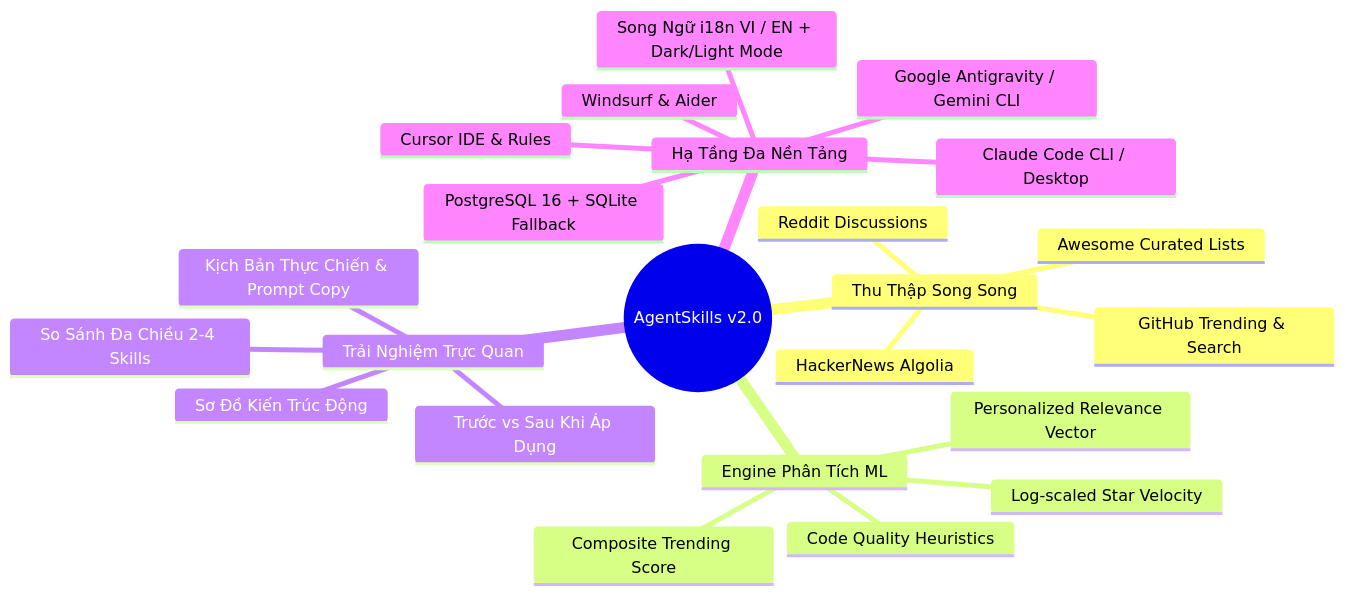
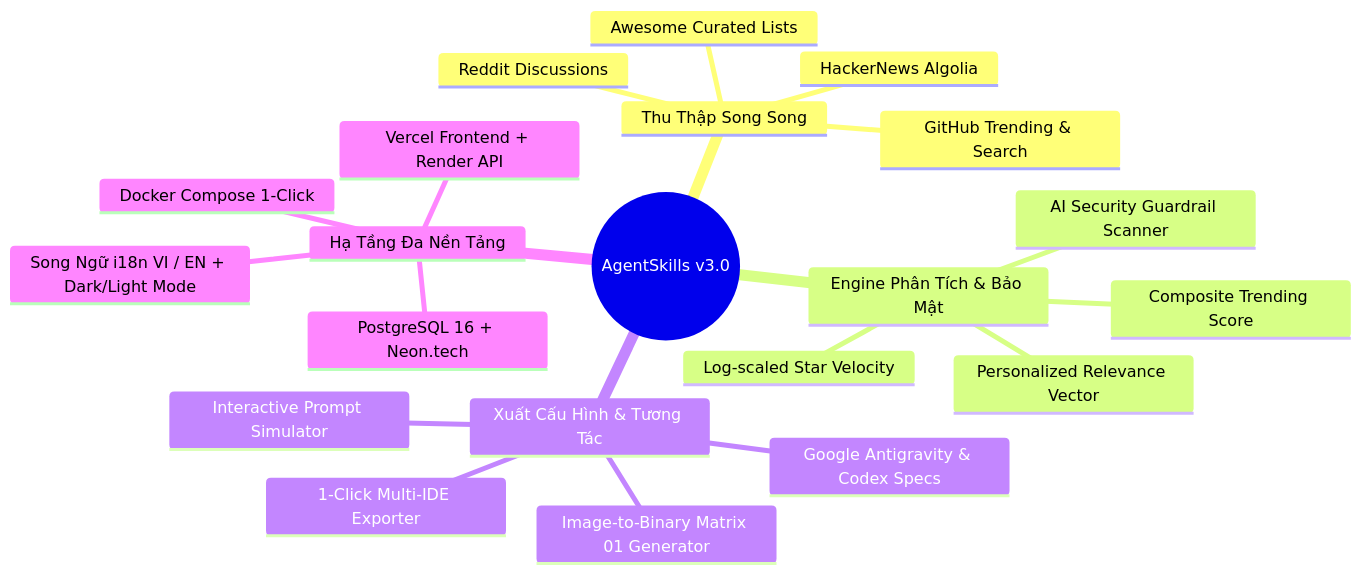
The first of 2 diagrams in README.md (minhhieu04/agent-skill-trending), drawn with Mermaid before and after one commit. The commit also changed other lines of this file and 1 other file, not shown here.

Commit message:
docs: update README to v3.0 with live demo endpoints, matrix art docs, and switch LICENSE to Apache 2.0

````diff
--- a/README.md
+++ b/README.md
@@ -47,26 +63,24 @@
 ```mermaid
 mindmap
-  root((AgentSkills v2.0))
+  root((AgentSkills v3.0))
     Thu Thập Song Song
       GitHub Trending & Search
       Reddit Discussions
       HackerNews Algolia
       Awesome Curated Lists
-    Engine Phân Tích ML
+    Engine Phân Tích & Bảo Mật
       Composite Trending Score
-      Code Quality Heuristics
       Personalized Relevance Vector
+      AI Security Guardrail Scanner
       Log-scaled Star Velocity
-    Trải Nghiệm Trực Quan
-      Sơ Đồ Kiến Trúc Động
-      Trước vs Sau Khi Áp Dụng
-      Kịch Bản Thực Chiến & Prompt Copy
-      So Sánh Đa Chiều 2-4 Skills
+    Xuất Cấu Hình & Tương Tác
+      1-Click Multi-IDE Exporter
+      Google Antigravity & Codex Specs
+      Interactive Prompt Simulator
+      Image-to-Binary Matrix 01 Generator
     Hạ Tầng Đa Nền Tảng
-      Cursor IDE & Rules
-      Claude Code CLI / Desktop
-      Google Antigravity / Gemini CLI
-      Windsurf & Aider
-      PostgreSQL 16 + SQLite Fallback
+      PostgreSQL 16 + Neon.tech
+      Vercel Frontend + Render API
+      Docker Compose 1-Click
       Song Ngữ i18n VI / EN + Dark/Light Mode
 ```
````
